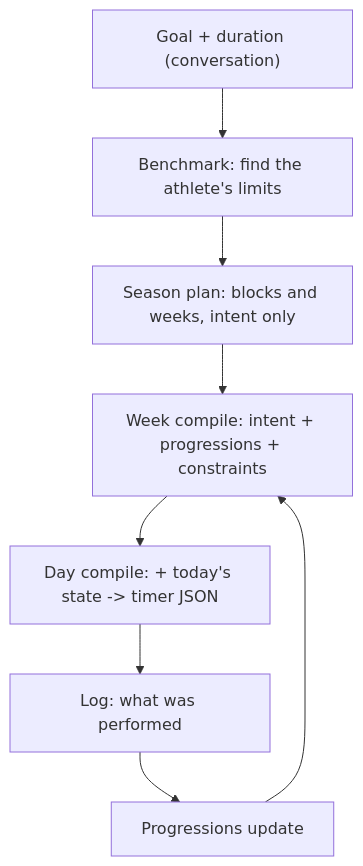
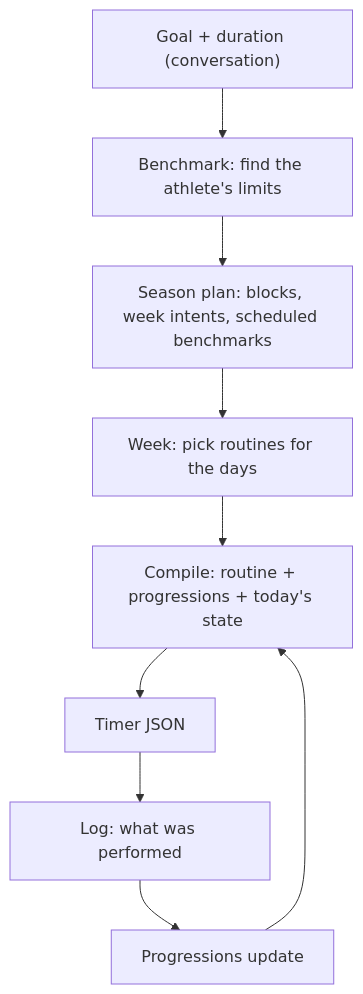
Before and after one commit to sibling-shipyard/coach-hq: the diagram in docs/plans/workouts-season-model.md, drawn with Mermaid. The commit also changed other lines of this file, not shown here.

First line of the commit message:
docs: detail storage, rendering and execution for the season model

````diff
--- a/docs/plans/workouts-season-model.md
+++ b/docs/plans/workouts-season-model.md
@@ -24,10 +27,11 @@
 ```mermaid
 flowchart TD
   goal["Goal + duration (conversation)"] --> bench["Benchmark: find the athlete's limits"]
-  bench --> plan["Season plan: blocks and weeks, intent only"]
-  plan --> week["Week compile: intent + progressions + constraints"]
-  week --> day["Day compile: + today's state -> timer JSON"]
-  day --> log["Log: what was performed"]
+  bench --> plan["Season plan: blocks, week intents, scheduled benchmarks"]
+  plan --> week["Week: pick routines for the days"]
+  week --> day["Compile: routine + progressions + today's state"]
+  day --> timer["Timer JSON"]
+  timer --> log["Log: what was performed"]
   log --> prog["Progressions update"]
-  prog --> week
+  prog --> day
 ```
````
